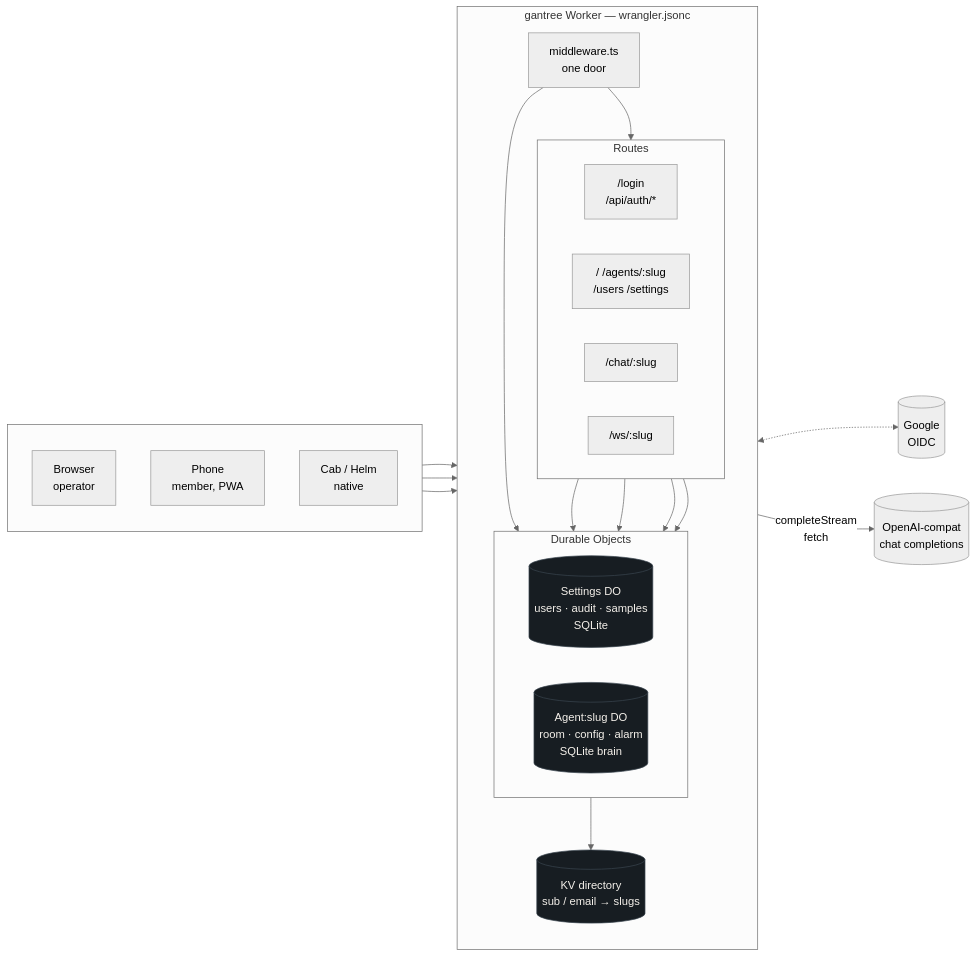
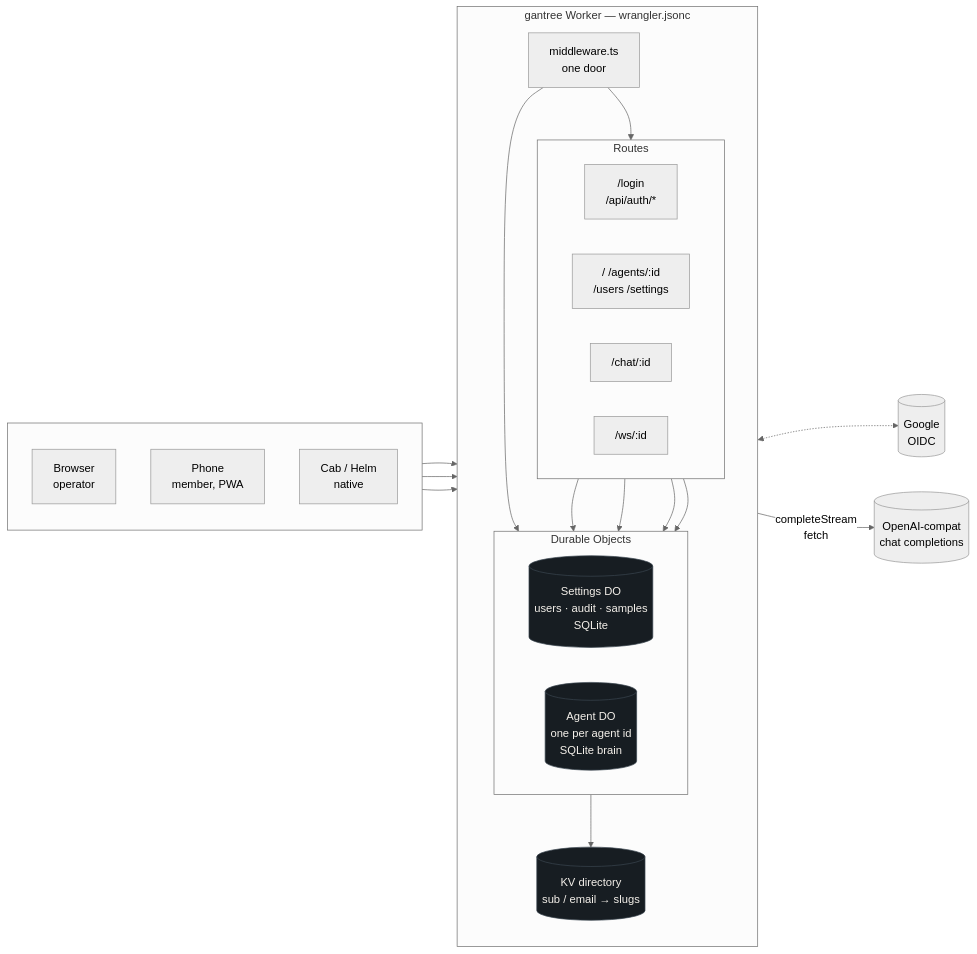
Before and after one commit to shotah/gantree2: the first of 11 diagrams in docs/architecture.md, drawn with Mermaid (neutral theme). The commit also changed other lines of this file and 103 other files, not shown here.

````diff
--- a/docs/architecture.md
+++ b/docs/architecture.md
@@ -28,44 +28,44 @@
 ```mermaid
 flowchart LR
   subgraph people[" "]
     direction TB
     B[Browser<br/>operator]
     P[Phone<br/>member, PWA]
     C[Cab / Helm<br/>native]
   end
 
   subgraph worker["gantree Worker — wrangler.jsonc"]
     direction TB
     MW[middleware.ts<br/>one door]
     subgraph routes["Routes"]
       direction LR
       L["/login<br/>/api/auth/*"]
-      S["/  /agents/:slug<br/>/users  /settings"]
-      CH["/chat/:slug"]
-      WS["/ws/:slug"]
+      S["/  /agents/:id<br/>/users  /settings"]
+      CH["/chat/:id"]
+      WS["/ws/:id"]
     end
     subgraph dos["Durable Objects"]
       direction LR
       SDO[("Settings DO<br/>users · audit · samples<br/>SQLite")]
-      ADO[("Agent:slug DO<br/>room · config · alarm<br/>SQLite brain")]
+      ADO[("Agent DO<br/>one per agent id<br/>SQLite brain")]
     end
     KV[("KV directory<br/>sub / email → slugs")]
   end
 
   LLM[(OpenAI-compat<br/>chat completions)]
   G[(Google<br/>OIDC)]
 
   B & P & C --> MW
   MW --> routes
   L <-.-> G
   S --> SDO
   S --> ADO
   CH --> ADO
   WS --> ADO
   MW --> SDO
   SDO --> KV
   ADO -- "completeStream<br/>fetch" --> LLM
 
   classDef store fill:#171d22,stroke:#3a4550,color:#f4f0ea
   class SDO,ADO,KV store
 ```
````
